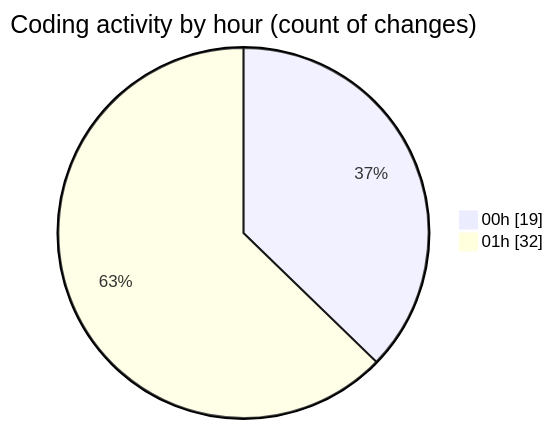
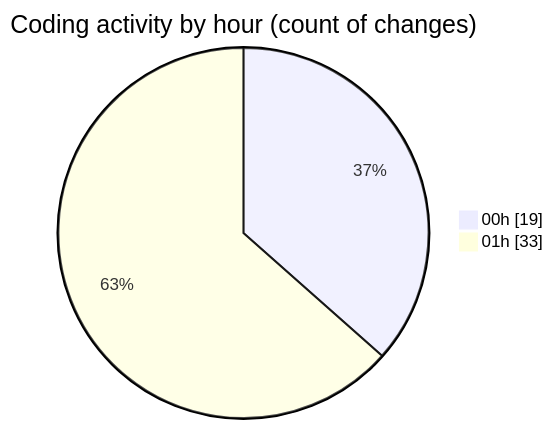
The second of 2 diagrams in 2025-02-23/pdf-analysis-app/README.md (momahboobian/code-tracking), drawn with Mermaid before and after one commit. The commit also changed other lines of this file and 1 other file, not shown here.

````diff
--- a/2025-02-23/pdf-analysis-app/README.md
+++ b/2025-02-23/pdf-analysis-app/README.md
@@ -40,6 +40,6 @@
 ```mermaid
 pie showData
 title Coding activity by hour (count of changes)
 "00h" : 19
-"01h" : 32
+"01h" : 33
 ```
````
